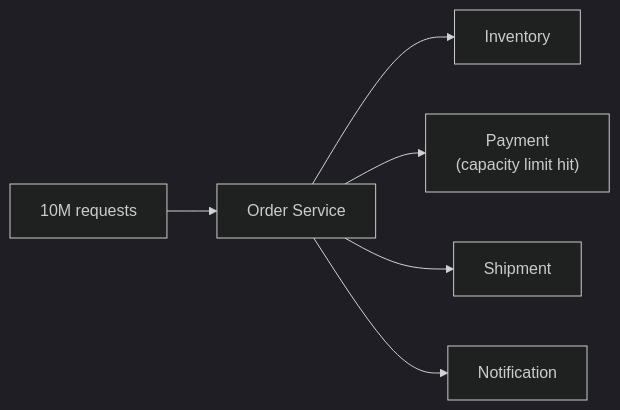
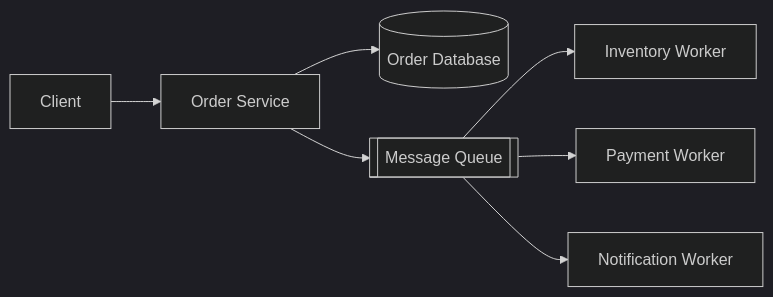
Diagram 15 of 18 in 07_scaling_application_from_one_to_million_users/README.md (HARRISAMIN432/system-design-hld), drawn with Mermaid (dark theme) before and after one commit. The commit also changed other lines of this file and 11 other files, not shown here.

````diff
--- a/07_scaling_application_from_one_to_million_users/README.md
+++ b/07_scaling_application_from_one_to_million_users/README.md
@@ -360,8 +1265,10 @@
 ```mermaid
 flowchart LR
-    U["10M requests"] --> O["Order Service"]
-    O --> I["Inventory"]
-    O --> P["Payment<br/>(capacity limit hit)"]
-    O --> S["Shipment"]
-    O --> N["Notification"]
+    C["Client"] --> O["Order Service"]
+    O --> D[("Order Database")]
+    O --> Q[["Message Queue"]]
+
+    Q --> I["Inventory Worker"]
+    Q --> P["Payment Worker"]
+    Q --> N["Notification Worker"]
 ```
````
